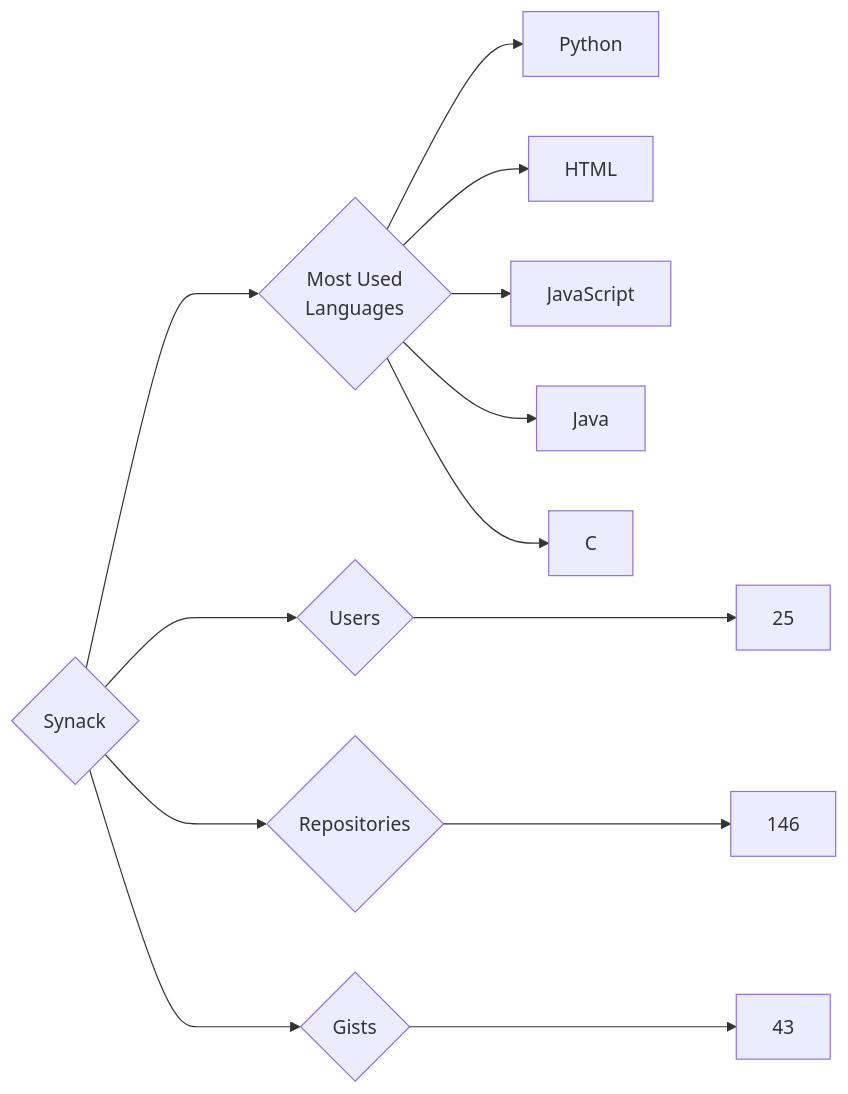
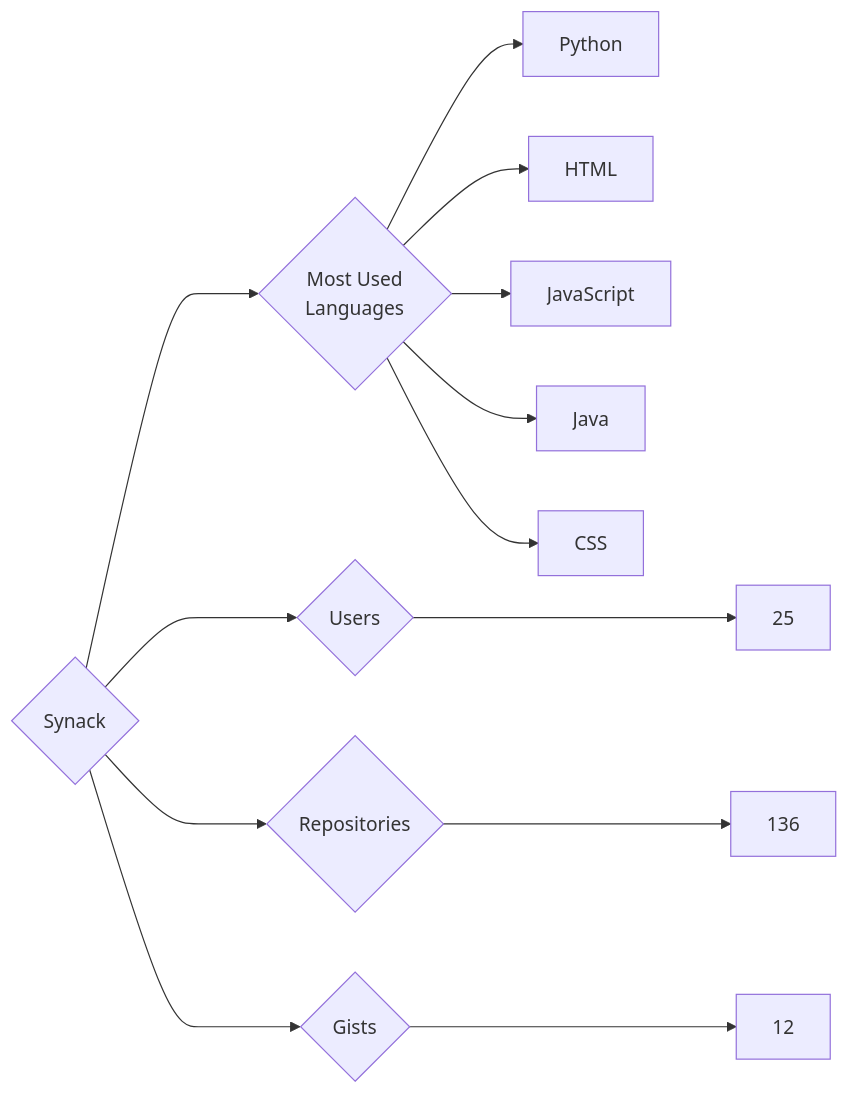
Before and after one commit to trickest/insiders: the diagram in targets/Synack/README.md, drawn with Mermaid. The commit also changed 773 other files, not shown here.

````diff
--- a/targets/Synack/README.md
+++ b/targets/Synack/README.md
@@ -3,13 +3,13 @@
 ```mermaid
 graph LR
 COMPANY_NAME{Synack}
 COMPANY_NAME ---> U{Users} ---> UN[25]
-COMPANY_NAME ---> R{Repositories} ---> RN[146]
-COMPANY_NAME ---> G{Gists} ---> GN[43]
+COMPANY_NAME ---> R{Repositories} ---> RN[136]
+COMPANY_NAME ---> G{Gists} ---> GN[12]
 COMPANY_NAME ---> ML{Most Used<br>Languages}
 ML --> Python[Python]
 ML --> HTML[HTML]
 ML --> JavaScript[JavaScript]
 ML --> Java[Java]
-ML --> C[C]
+ML --> CSS[CSS]
 ```
````
